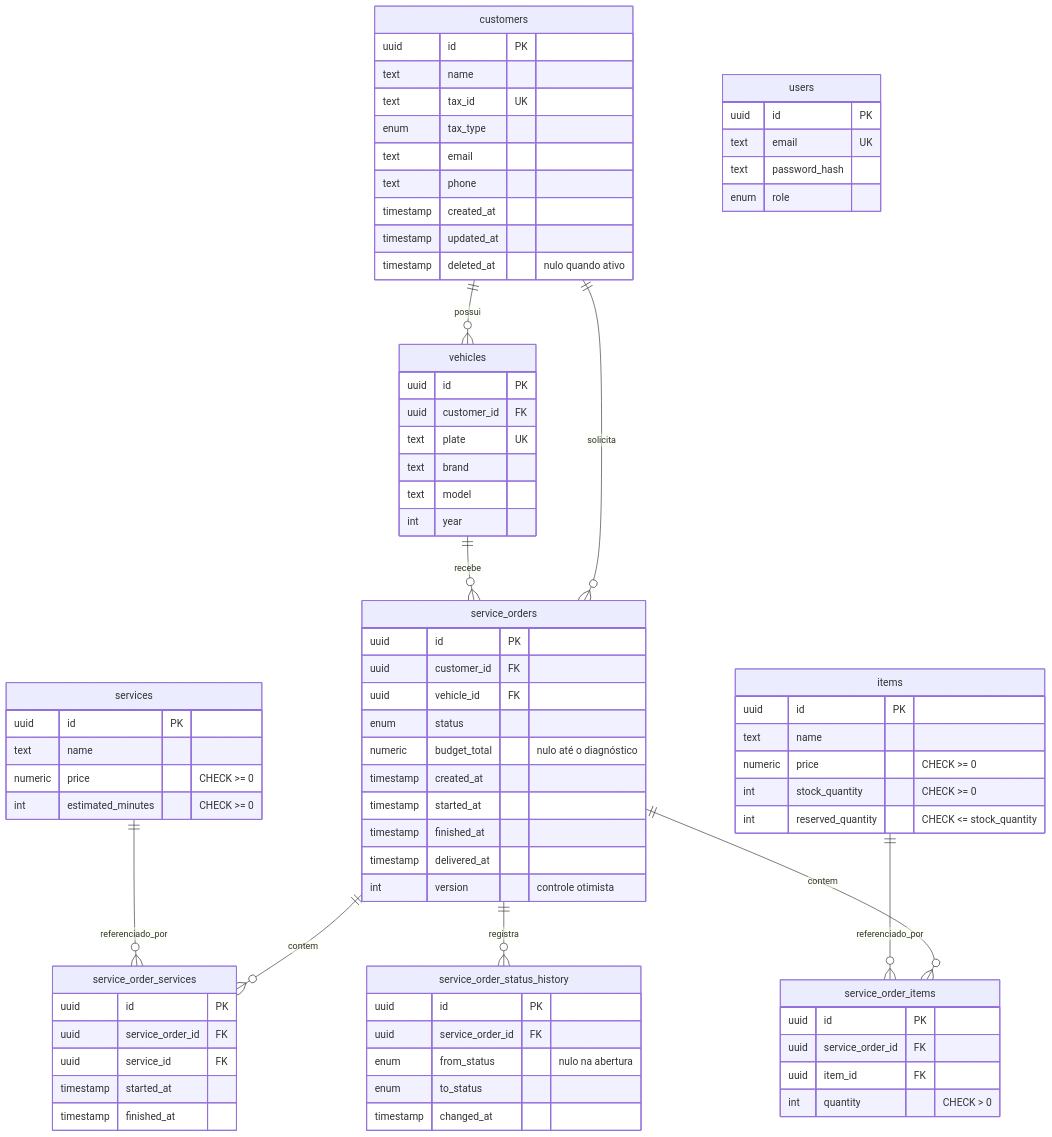
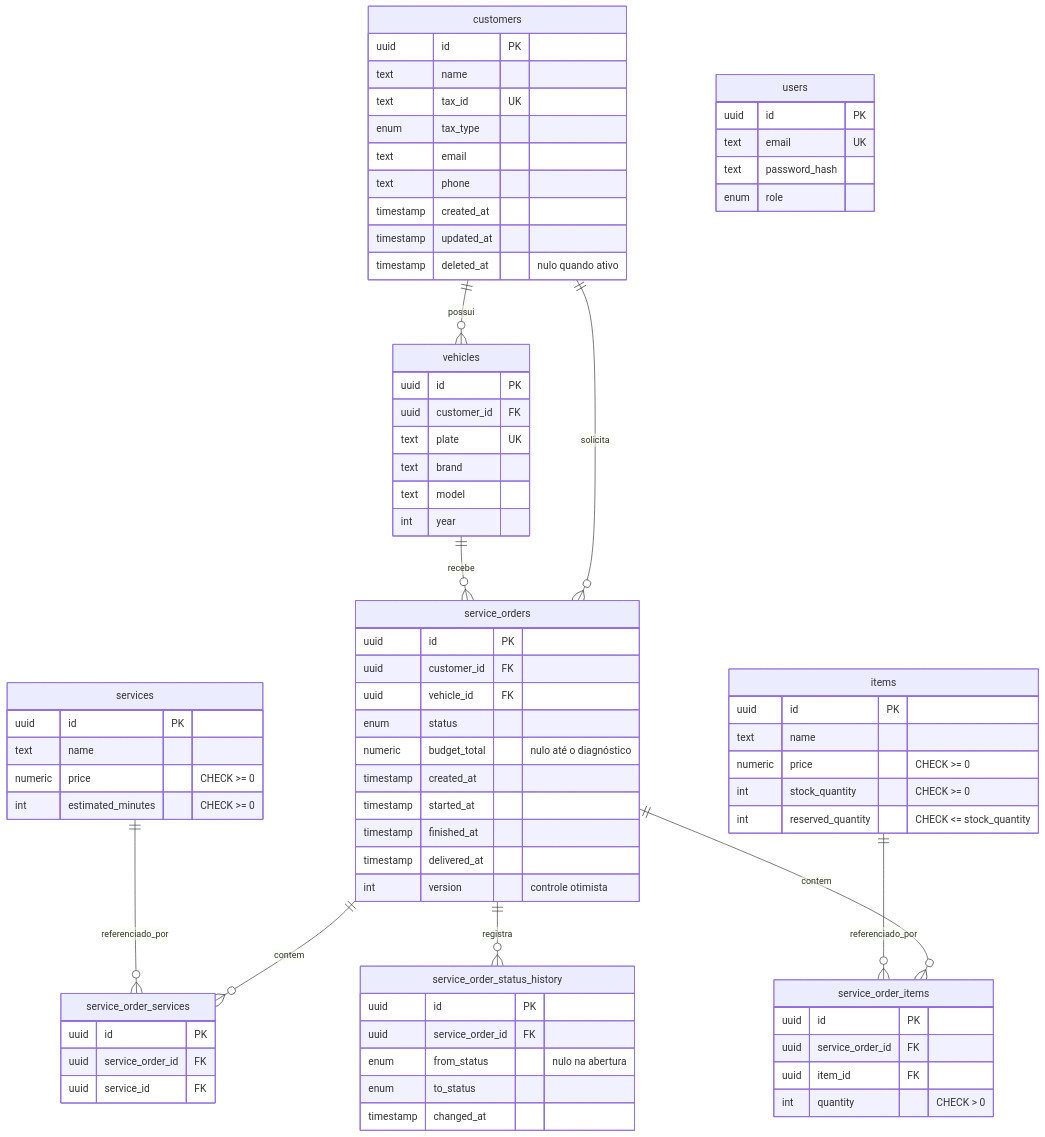
The diagram in docs/architecture/data-model.md (diandria/fiap-tech-challenge), drawn with Mermaid before and after one commit. The commit also changed other lines of this file and 5 other files, not shown here.

````diff
--- a/docs/architecture/data-model.md
+++ b/docs/architecture/data-model.md
@@ -18,82 +18,80 @@
 ```mermaid
 erDiagram
     customers ||--o{ vehicles : possui
     customers ||--o{ service_orders : solicita
     vehicles  ||--o{ service_orders : recebe
     service_orders ||--o{ service_order_services : contem
     service_orders ||--o{ service_order_items : contem
     services  ||--o{ service_order_services : referenciado_por
     items     ||--o{ service_order_items : referenciado_por
     service_orders ||--o{ service_order_status_history : registra
 
     customers {
         uuid id PK
         text name
         text tax_id UK
         enum tax_type
         text email
         text phone
         timestamp created_at
         timestamp updated_at
         timestamp deleted_at "nulo quando ativo"
     }
     vehicles {
         uuid id PK
         uuid customer_id FK
         text plate UK
         text brand
         text model
         int year
     }
     services {
         uuid id PK
         text name
         numeric price "CHECK >= 0"
         int estimated_minutes "CHECK >= 0"
     }
     items {
         uuid id PK
         text name
         numeric price "CHECK >= 0"
         int stock_quantity "CHECK >= 0"
         int reserved_quantity "CHECK <= stock_quantity"
     }
     users {
         uuid id PK
         text email UK
         text password_hash
         enum role
     }
     service_orders {
         uuid id PK
         uuid customer_id FK
         uuid vehicle_id FK
         enum status
         numeric budget_total "nulo até o diagnóstico"
         timestamp created_at
         timestamp started_at
         timestamp finished_at
         timestamp delivered_at
         int version "controle otimista"
     }
     service_order_services {
         uuid id PK
         uuid service_order_id FK
         uuid service_id FK
-        timestamp started_at
-        timestamp finished_at
     }
     service_order_items {
         uuid id PK
         uuid service_order_id FK
         uuid item_id FK
         int quantity "CHECK > 0"
     }
     service_order_status_history {
         uuid id PK
         uuid service_order_id FK
         enum from_status "nulo na abertura"
         enum to_status
         timestamp changed_at
     }
 ```
````
